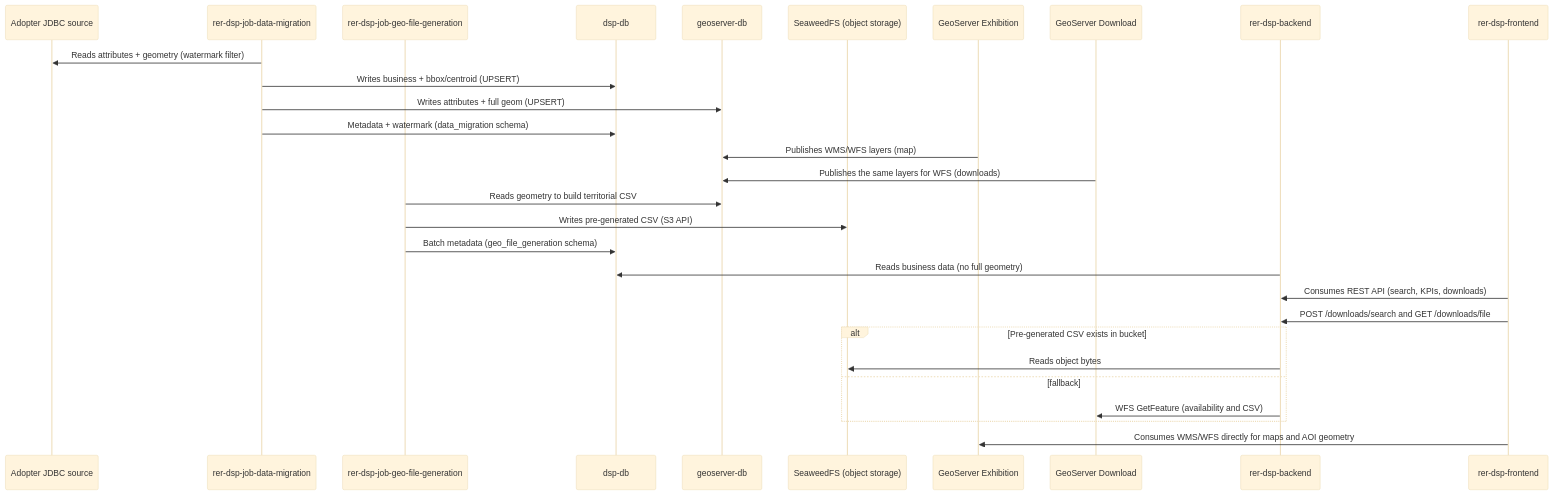
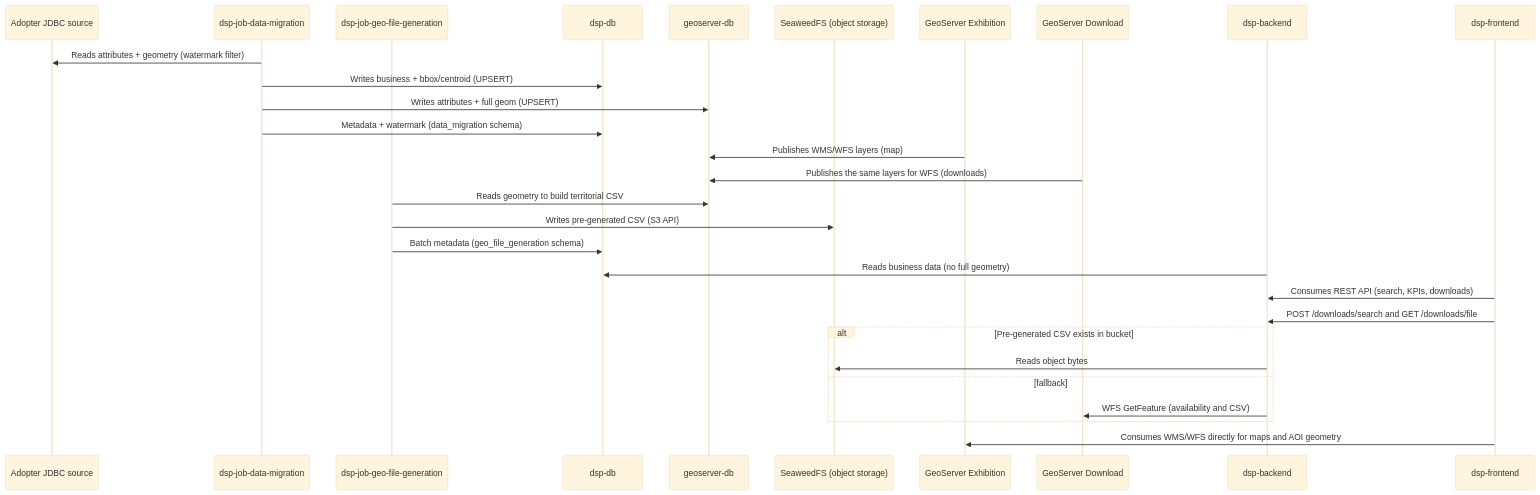
The diagram in docs/en/architecture/data-flow.md (Rural-Environmental-Registry/dsp-docs), drawn with Mermaid (base theme) before and after one commit. The commit also changed other lines of this file and 31 other files, not shown here.

First line of the commit message:
docs: rename rer-dsp-* references to dsp-* after repo rename

````diff
--- a/docs/en/architecture/data-flow.md
+++ b/docs/en/architecture/data-flow.md
@@ -5,32 +5,32 @@
 ```mermaid
 sequenceDiagram
   participant Src as Adopter JDBC source
-  participant Job as rer-dsp-job-data-migration
-  participant JobGeo as rer-dsp-job-geo-file-generation
+  participant Job as dsp-job-data-migration
+  participant JobGeo as dsp-job-geo-file-generation
   participant DspDb as dsp-db
   participant ExDb as geoserver-db
   participant S3 as SeaweedFS (object storage)
   participant GsEx as GeoServer Exhibition
   participant GsDl as GeoServer Download
-  participant Be as rer-dsp-backend
-  participant Fe as rer-dsp-frontend
+  participant Be as dsp-backend
+  participant Fe as dsp-frontend
 
   Job->>Src: Reads attributes + geometry (watermark filter)
   Job->>DspDb: Writes business + bbox/centroid (UPSERT)
   Job->>ExDb: Writes attributes + full geom (UPSERT)
   Job->>DspDb: Metadata + watermark (data_migration schema)
   GsEx->>ExDb: Publishes WMS/WFS layers (map)
   GsDl->>ExDb: Publishes the same layers for WFS (downloads)
   JobGeo->>ExDb: Reads geometry to build territorial CSV
   JobGeo->>S3: Writes pre-generated CSV (S3 API)
   JobGeo->>DspDb: Batch metadata (geo_file_generation schema)
   Be->>DspDb: Reads business data (no full geometry)
   Fe->>Be: Consumes REST API (search, KPIs, downloads)
   Fe->>Be: POST /downloads/search and GET /downloads/file
   alt Pre-generated CSV exists in bucket
     Be->>S3: Reads object bytes
   else fallback
     Be->>GsDl: WFS GetFeature (availability and CSV)
   end
   Fe->>GsEx: Consumes WMS/WFS directly for maps and AOI geometry
 ```
````
